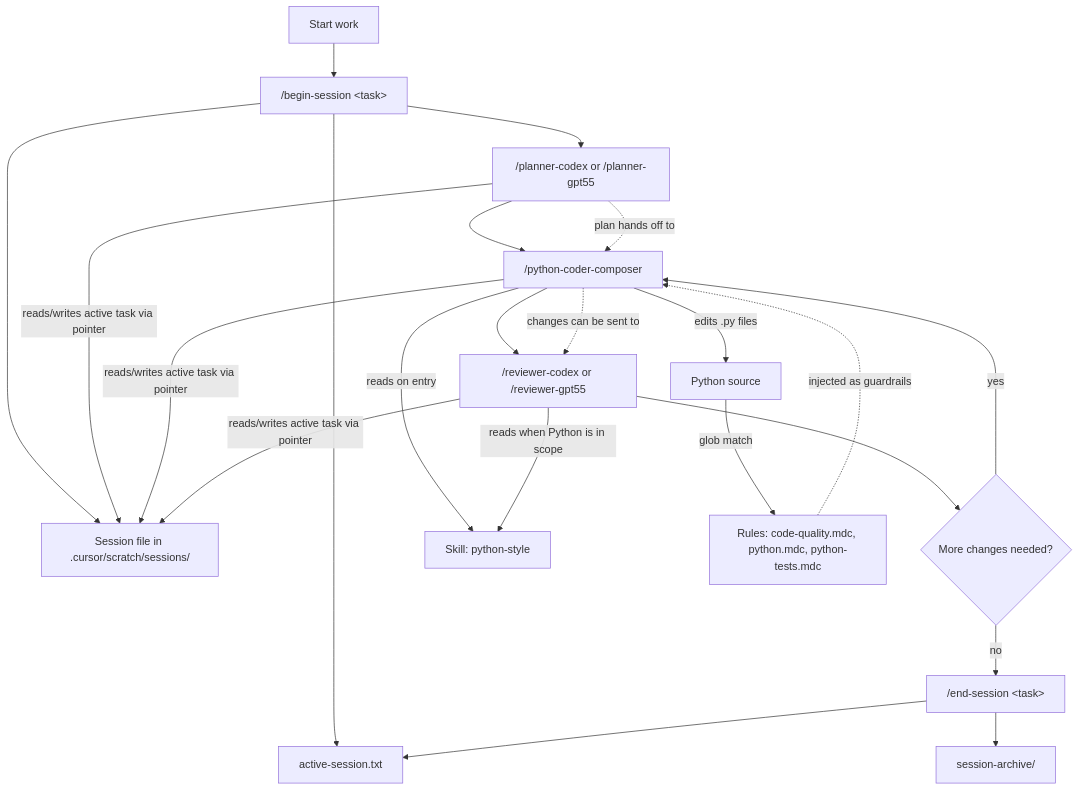
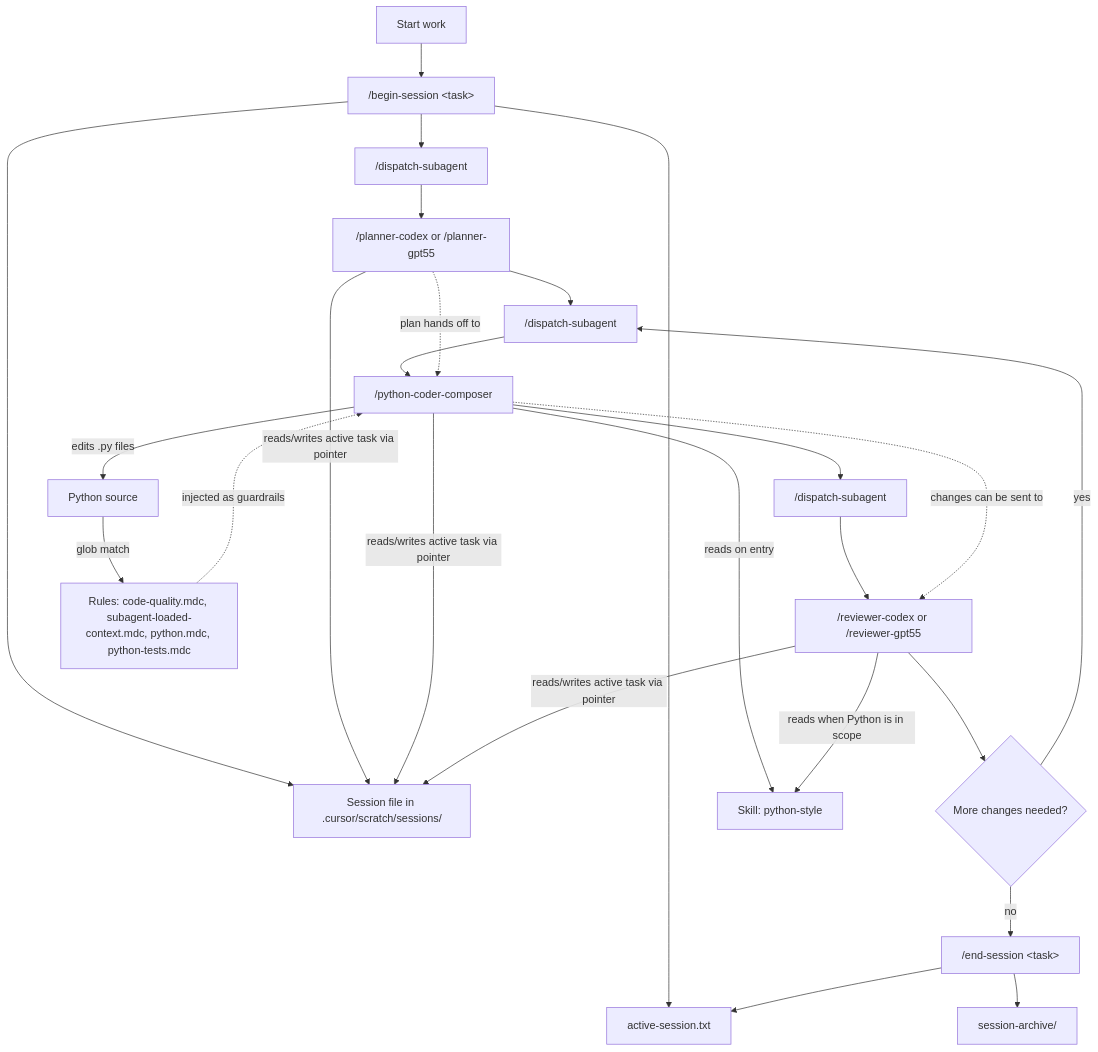
The diagram in README.md (aaroncouch/CouchPilot), drawn with Mermaid before and after one commit. The commit also changed other lines of this file and 2 other files, not shown here.

First line of the commit message:
Docs: streamline README; add subagent loaded-context rule

````diff
--- a/README.md
+++ b/README.md
@@ -186,24 +169,27 @@
 ```mermaid
 flowchart TD
   start["Start work"] --> begin["/begin-session &lt;task&gt;"]
   begin --> pointer["active-session.txt"]
   begin --> session["Session file in .cursor/scratch/sessions/"]
-  begin --> plan["/planner-codex or /planner-gpt55"]
-  plan --> code["/python-coder-composer"]
-  code --> review["/reviewer-codex or /reviewer-gpt55"]
+  begin --> dispatchPlan["/dispatch-subagent"]
+  dispatchPlan --> plan["/planner-codex or /planner-gpt55"]
+  plan --> dispatchCode["/dispatch-subagent"]
+  dispatchCode --> code["/python-coder-composer"]
+  code --> dispatchReview["/dispatch-subagent"]
+  dispatchReview --> review["/reviewer-codex or /reviewer-gpt55"]
   review --> iterate{"More changes needed?"}
-  iterate -- yes --> code
+  iterate -- yes --> dispatchCode
   iterate -- no --> endcmd["/end-session &lt;task&gt;"]
   plan -.->|"plan hands off to"| code
   code -.->|"changes can be sent to"| review
   plan -->|"reads/writes active task via pointer"| session
   code -->|"reads/writes active task via pointer"| session
   review -->|"reads/writes active task via pointer"| session
   code -->|"reads on entry"| skill["Skill: python-style"]
   review -->|"reads when Python is in scope"| skill
   code -->|"edits .py files"| files["Python source"]
-  files -->|"glob match"| rules["Rules: code-quality.mdc, python.mdc, python-tests.mdc"]
+  files -->|"glob match"| rules["Rules: code-quality.mdc, subagent-loaded-context.mdc, python.mdc, python-tests.mdc"]
   rules -.->|"injected as guardrails"| code
   endcmd --> archive["session-archive/"]
   endcmd --> pointer
 ```
````
